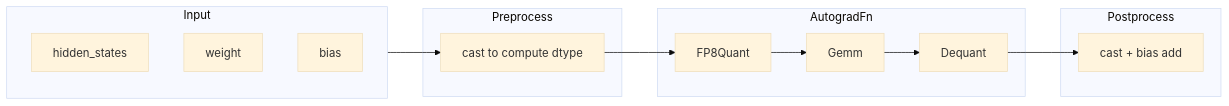
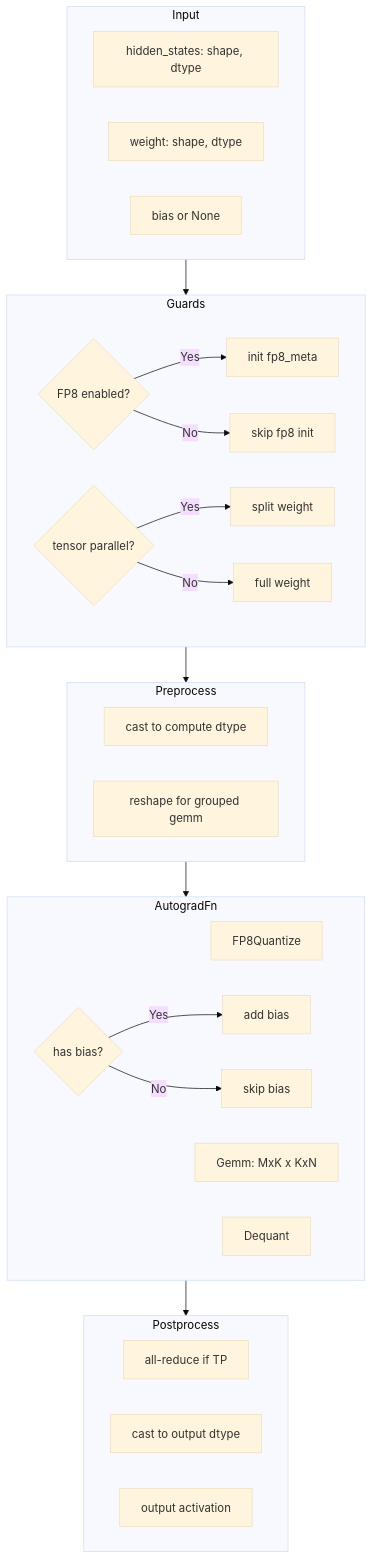
Before and after one commit to muutot/skills: the diagram in context-mirror/SKILL.md, drawn with Mermaid (base theme). The commit also changed other lines of this file, not shown here.

Commit message:
:memo: [context-mirror]: require exhaustive branch coverage in code flow diagram

````diff
--- a/context-mirror/SKILL.md
+++ b/context-mirror/SKILL.md
@@ -92,18 +109,37 @@
      ```mermaid
-     flowchart LR
+     flowchart TD
          subgraph Input
-             A[hidden_states] & W[weight] & B[bias]
+             A[hidden_states: shape, dtype]
+             W[weight: shape, dtype]
+             B[bias or None]
+         end
+         subgraph Guards
+             C{FP8 enabled?}
+             C -- Yes --> D[init fp8_meta]
+             C -- No --> E[skip fp8 init]
+             F{tensor parallel?}
+             F -- Yes --> G[split weight]
+             F -- No --> H[full weight]
          end
          subgraph Preprocess
-             C[cast to compute dtype]
+             I[cast to compute dtype]
+             J[reshape for grouped gemm]
          end
          subgraph AutogradFn
-             D[FP8Quant]
-             E[Gemm]
-             F[Dequant]
+             K[FP8Quantize]
+             L[Gemm: MxK x KxN]
+             M[Dequant]
+             N{has bias?}
+             N -- Yes --> O[add bias]
+             N -- No --> P[skip bias]
          end
          subgraph Postprocess
-             G[cast + bias add]
+             Q[all-reduce if TP]
+             R[cast to output dtype]
+             S[output activation]
          end
-         Input --> C --> D --> E --> F --> G
+         Input --> Guards
+         Guards --> Preprocess
+         Preprocess --> AutogradFn
+         AutogradFn --> Postprocess
      ```
````
